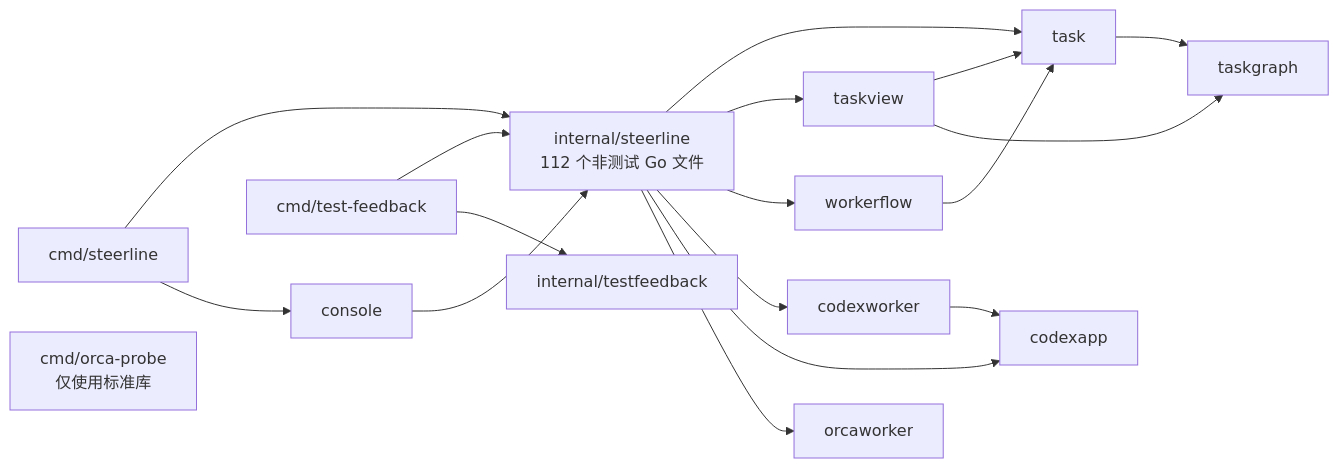
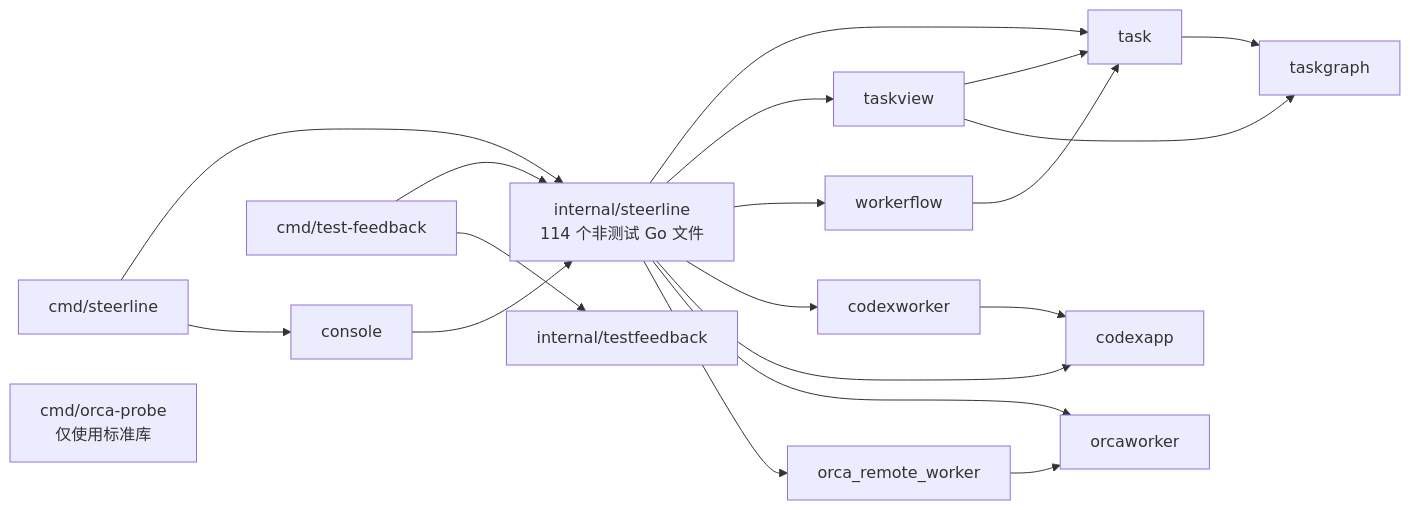
One commit to erranliu/SteerLine changed the second of 7 diagrams in docs/architecture/current-code-architecture.md. Above: the diagram before and after it, drawn with Mermaid. The commit also changed other lines of this file and 41 other files, not shown here.

Commit message:
feat: add independent remote Orca worker lifecycle

````diff
--- a/docs/architecture/current-code-architecture.md
+++ b/docs/architecture/current-code-architecture.md
@@ -70,22 +71,24 @@
 ```mermaid
 flowchart LR
-    CLI["cmd/steerline"] --> Core["internal/steerline<br/>112 个非测试 Go 文件"]
+    CLI["cmd/steerline"] --> Core["internal/steerline<br/>114 个非测试 Go 文件"]
     CLI --> Console["console"]
     Console --> Core
 
     Core --> Task["task"]
     Core --> TaskView["taskview"]
     Core --> Flow["workerflow"]
     Core --> CW["codexworker"]
     Core --> CA["codexapp"]
     Core --> OW["orcaworker"]
+    Core --> RW["orca_remote_worker"]
+    RW --> OW
     Task --> Graph["taskgraph"]
     TaskView --> Task
     TaskView --> Graph
     Flow --> Task
     CW --> CA
 
     Feedback["cmd/test-feedback"] --> Core
     Feedback --> Summary["internal/testfeedback"]
     Probe["cmd/orca-probe<br/>仅使用标准库"]
 ```
````
